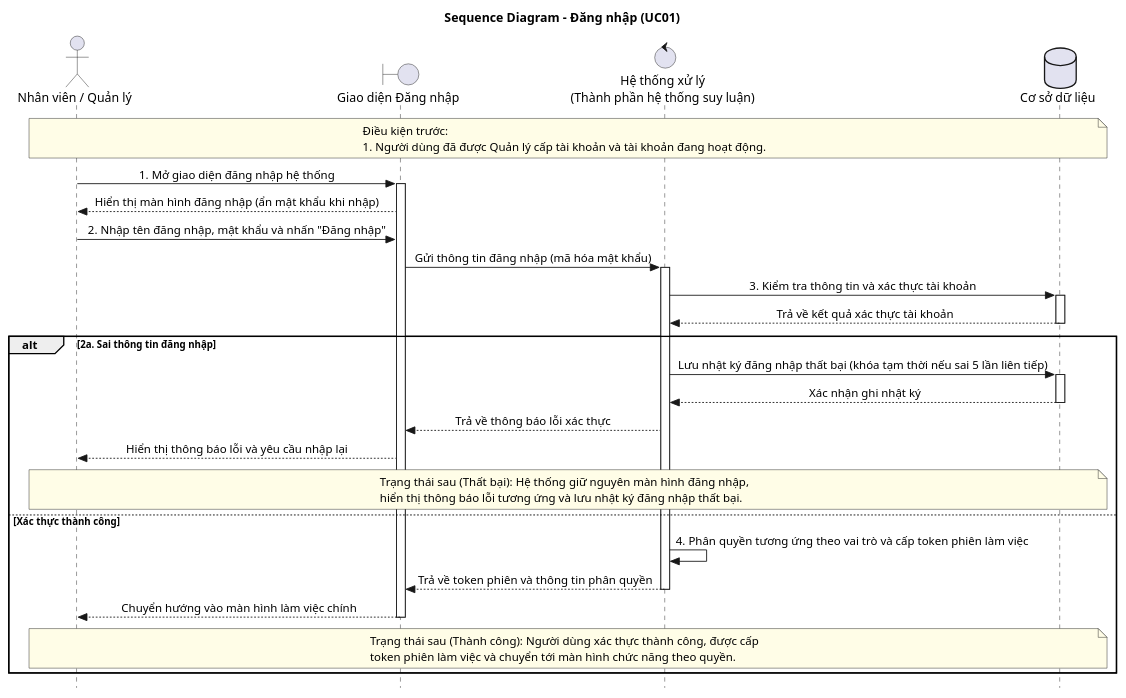
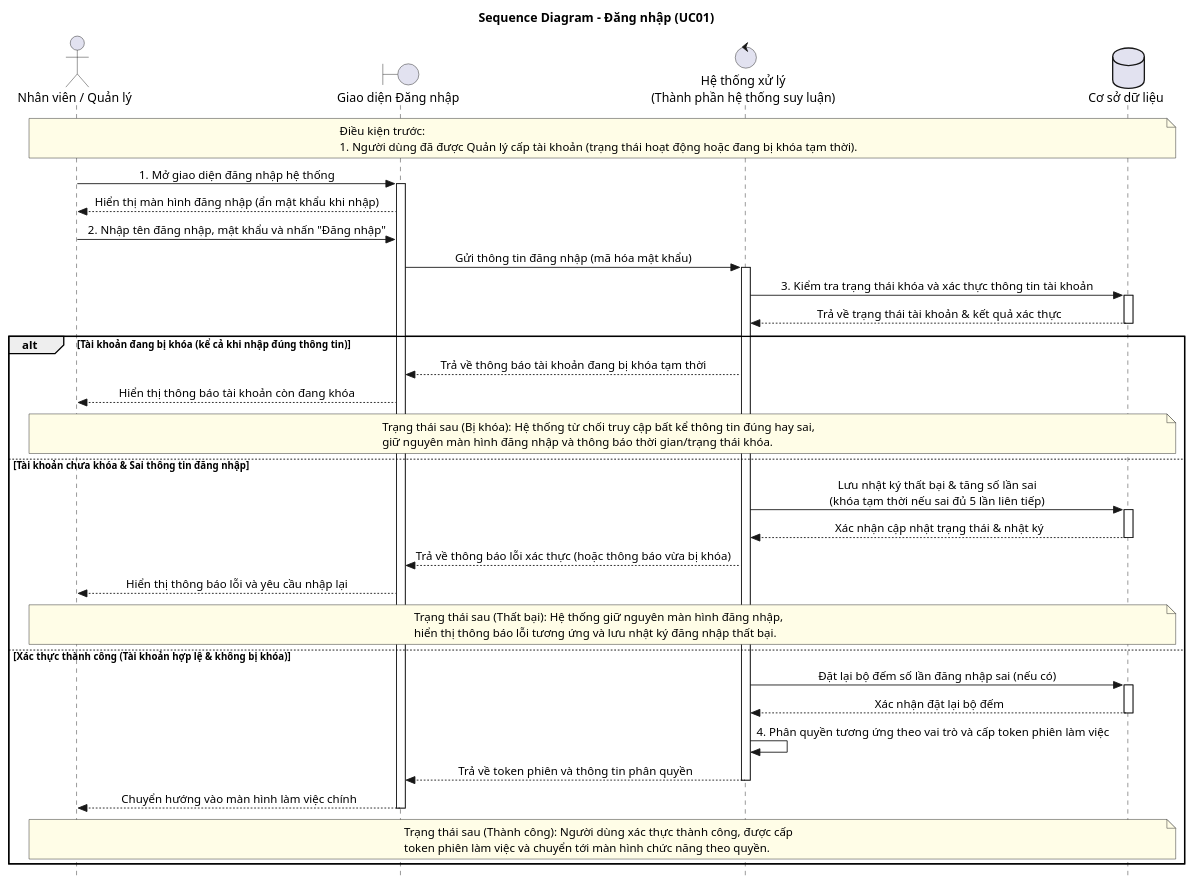
The diagram in docs/sequence/uc1.puml (Eser1786/Souvenir), drawn with PlantUML before and after one commit.

Commit message:
UC01(docs): cập nhật sequence diagram chức năng đăng nhập

```diff
--- a/docs/sequence/uc1.puml
+++ b/docs/sequence/uc1.puml
@@ -1,52 +1,65 @@
 @startuml
 skinparam style strictuml
 skinparam sequenceMessageAlign center
 skinparam noteBackgroundColor #FFFDE7
 
 title Sequence Diagram - Đăng nhập (UC01)
 
 actor "Nhân viên / Quản lý" as User
 boundary "Giao diện Đăng nhập" as UI
 control "Hệ thống xử lý\n(Thành phần hệ thống suy luận)" as Core
 database "Cơ sở dữ liệu" as DB
 
 note over User, DB
 Điều kiện trước:
-1. Người dùng đã được Quản lý cấp tài khoản và tài khoản đang hoạt động.
+1. Người dùng đã được Quản lý cấp tài khoản (trạng thái hoạt động hoặc đang bị khóa tạm thời).
 end note
 
 User -> UI : 1. Mở giao diện đăng nhập hệ thống
 activate UI
 UI --> User : Hiển thị màn hình đăng nhập (ẩn mật khẩu khi nhập)
 User -> UI : 2. Nhập tên đăng nhập, mật khẩu và nhấn "Đăng nhập"
 UI -> Core : Gửi thông tin đăng nhập (mã hóa mật khẩu)
 activate Core
-Core -> DB : 3. Kiểm tra thông tin và xác thực tài khoản
+Core -> DB : 3. Kiểm tra trạng thái khóa và xác thực thông tin tài khoản
 activate DB
-DB --> Core : Trả về kết quả xác thực tài khoản
+DB --> Core : Trả về trạng thái tài khoản & kết quả xác thực
 deactivate DB
 
-alt 2a. Sai thông tin đăng nhập
-    Core -> DB : Lưu nhật ký đăng nhập thất bại (khóa tạm thời nếu sai 5 lần liên tiếp)
+alt Tài khoản đang bị khóa (kể cả khi nhập đúng thông tin)
+    Core --> UI : Trả về thông báo tài khoản đang bị khóa tạm thời
+    UI --> User : Hiển thị thông báo tài khoản còn đang khóa
+    note over User, DB
+    Trạng thái sau (Bị khóa): Hệ thống từ chối truy cập bất kể thông tin đúng hay sai,
+    giữ nguyên màn hình đăng nhập và thông báo thời gian/trạng thái khóa.
+    end note
+
+else Tài khoản chưa khóa & Sai thông tin đăng nhập
+    Core -> DB : Lưu nhật ký thất bại & tăng số lần sai\n(khóa tạm thời nếu sai đủ 5 lần liên tiếp)
     activate DB
-    DB --> Core : Xác nhận ghi nhật ký
+    DB --> Core : Xác nhận cập nhật trạng thái & nhật ký
     deactivate DB
-    Core --> UI : Trả về thông báo lỗi xác thực
+    Core --> UI : Trả về thông báo lỗi xác thực (hoặc thông báo vừa bị khóa)
     UI --> User : Hiển thị thông báo lỗi và yêu cầu nhập lại
     note over User, DB
     Trạng thái sau (Thất bại): Hệ thống giữ nguyên màn hình đăng nhập,
     hiển thị thông báo lỗi tương ứng và lưu nhật ký đăng nhập thất bại.
     end note
-else Xác thực thành công
+
+else Xác thực thành công (Tài khoản hợp lệ & không bị khóa)
+    Core -> DB : Đặt lại bộ đếm số lần đăng nhập sai (nếu có)
+    activate DB
+    DB --> Core : Xác nhận đặt lại bộ đếm
+    deactivate DB
     Core -> Core : 4. Phân quyền tương ứng theo vai trò và cấp token phiên làm việc
     Core --> UI : Trả về token phiên và thông tin phân quyền
     deactivate Core
     UI --> User : Chuyển hướng vào màn hình làm việc chính
     deactivate UI
     note over User, DB
     Trạng thái sau (Thành công): Người dùng xác thực thành công, được cấp
     token phiên làm việc và chuyển tới màn hình chức năng theo quyền.
     end note
 end
 
 @enduml
```
